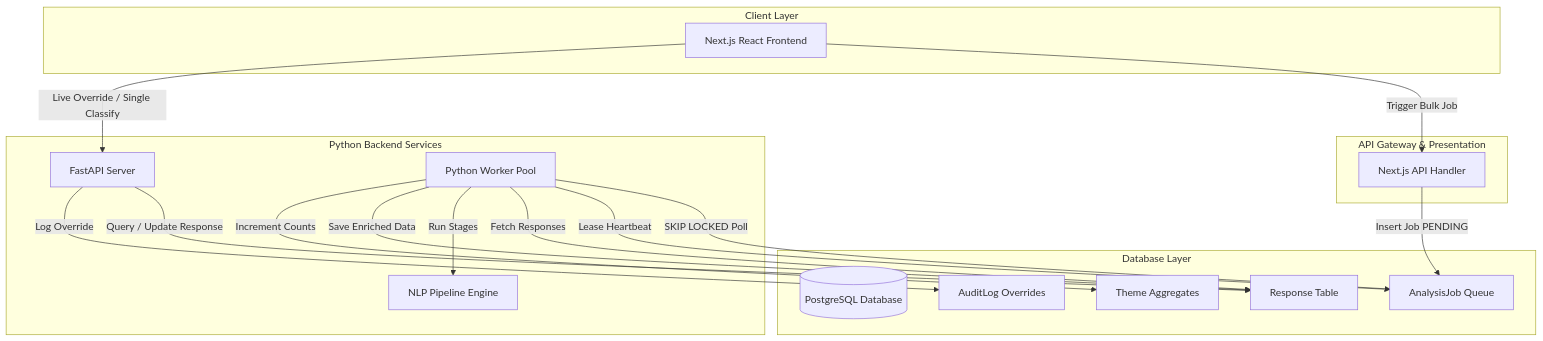
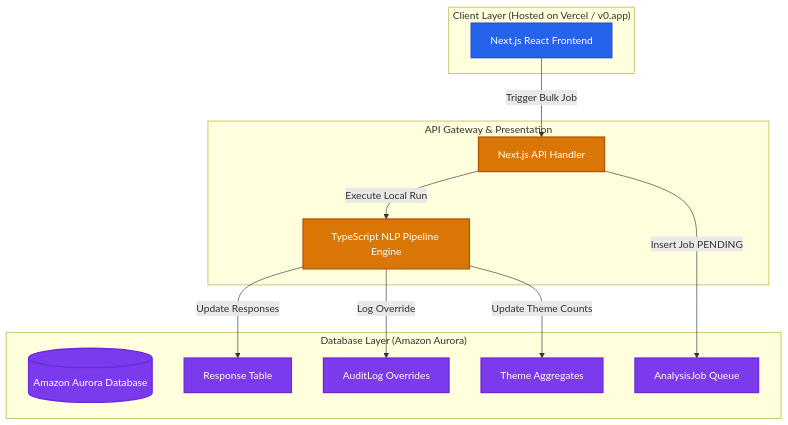
Before and after one commit to CodeSasuke/aws-hackathon: the first of 3 diagrams in docs/architecture.md, drawn with Mermaid. The commit also changed 10 other files, not shown here.

Commit message:
refactor: update architecture diagrams for AWS S3 integration and Aurora migration and add updated project screenshots

````diff
--- a/docs/architecture.md
+++ b/docs/architecture.md
@@ -17,37 +17,36 @@
 ```mermaid
 graph TD
-    subgraph Client Layer
+    subgraph Client Layer ["Client Layer (Hosted on Vercel / v0.app)"]
         WebUI[Next.js React Frontend]
     end
 
     subgraph API Gateway & Presentation
         NextAPI[Next.js API Handler]
+        JSPipeline[TypeScript NLP Pipeline Engine]
     end
 
-    subgraph Database Layer
-        Postgres[(PostgreSQL Database)]
+    subgraph Database Layer ["Database Layer (Amazon Aurora)"]
+        Postgres[(Amazon Aurora Database)]
         ResponseTable[Response Table]
         JobTable[AnalysisJob Queue]
         ThemeTable[Theme Aggregates]
         AuditTable[AuditLog Overrides]
     end
 
-    subgraph Python Backend Services
-        FastAPI[FastAPI Server]
-        WorkerPool[Python Worker Pool]
-        PipelineEngine[NLP Pipeline Engine]
-    end
+    WebUI -->|Trigger Bulk Job| NextAPI
+    NextAPI -->|Execute Local Run| JSPipeline
+    NextAPI -->|Insert Job PENDING| JobTable
+    
+    JSPipeline -->|Update Responses| ResponseTable
+    JSPipeline -->|Log Override| AuditTable
+    JSPipeline -->|Update Theme Counts| ThemeTable
 
-    WebUI -->|Trigger Bulk Job| NextAPI
-    WebUI -->|Live Override / Single Classify| FastAPI
-    NextAPI -->|Insert Job PENDING| JobTable
-    FastAPI -->|Query / Update Response| ResponseTable
-    FastAPI -->|Log Override| AuditTable
-    
-    WorkerPool -->|SKIP LOCKED Poll| JobTable
-    WorkerPool -->|Lease Heartbeat| JobTable
-    WorkerPool -->|Fetch Responses| ResponseTable
-    WorkerPool -->|Run Stages| PipelineEngine
-    WorkerPool -->|Save Enriched Data| ResponseTable
-    WorkerPool -->|Increment Counts| ThemeTable
+    %% Color Coding Styles
+    classDef client fill:#2563eb,stroke:#1d4ed8,stroke-width:2px,color:#fff;
+    classDef api fill:#d97706,stroke:#b45309,stroke-width:2px,color:#fff;
+    classDef db fill:#7c3aed,stroke:#6d28d9,stroke-width:2px,color:#fff;
+
+    class WebUI client;
+    class NextAPI,JSPipeline api;
+    class Postgres,ResponseTable,JobTable,ThemeTable,AuditTable db;
 ```
````
